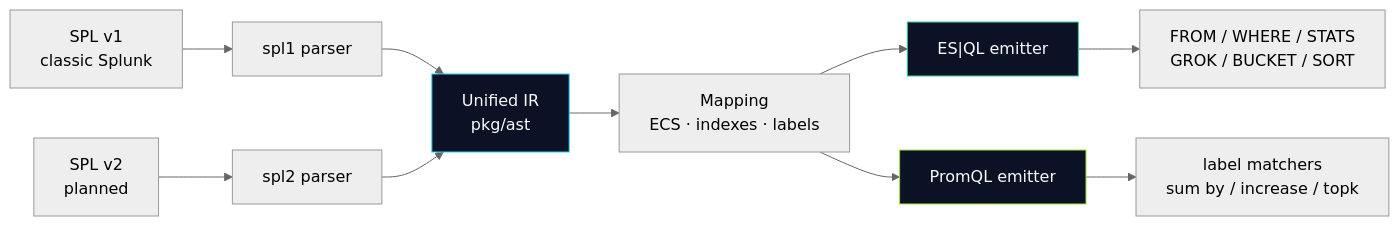
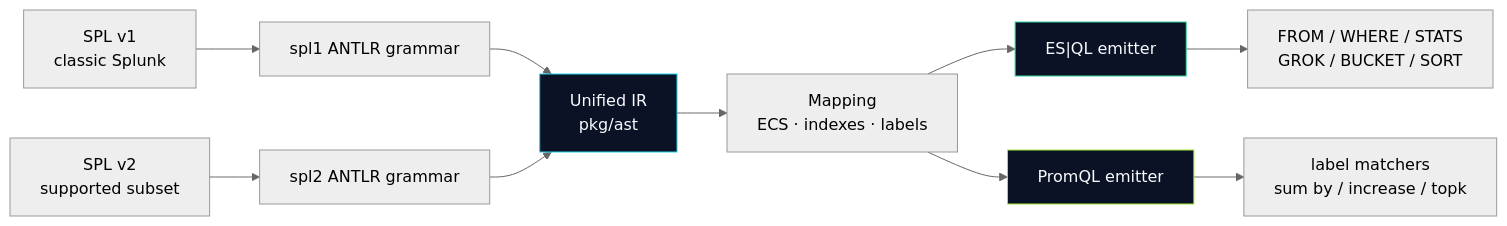
The diagram in README.md (be-thomas/OpenSPL), drawn with Mermaid (neutral theme) before and after one commit. The commit also changed other lines of this file and 89 other files, not shown here.

First line of the commit message:
parser: generated ANTLR front-ends and an SPL2 subset (#1)

````diff
--- a/README.md
+++ b/README.md
@@ -186,15 +207,15 @@
 ```mermaid
 flowchart LR
-    A["SPL v1<br/>classic Splunk"] --> P1["spl1 parser"]
-    B["SPL v2<br/>planned"] --> P2["spl2 parser"]
+    A["SPL v1<br/>classic Splunk"] --> P1["spl1 ANTLR grammar"]
+    B["SPL v2<br/>supported subset"] --> P2["spl2 ANTLR grammar"]
     P1 --> IR["Unified IR<br/>pkg/ast"]
     P2 --> IR
     IR --> M["Mapping<br/>ECS · indexes · labels"]
     M --> E["ES|QL emitter"]
     M --> Q["PromQL emitter"]
     E --> EO["FROM / WHERE / STATS<br/>GROK / BUCKET / SORT"]
     Q --> QO["label matchers<br/>sum by / increase / topk"]
     style IR fill:#0b1226,stroke:#22d3ee,color:#f8fafc
     style E fill:#0b1226,stroke:#34d399,color:#f8fafc
     style Q fill:#0b1226,stroke:#a3e635,color:#f8fafc
 ```
````
